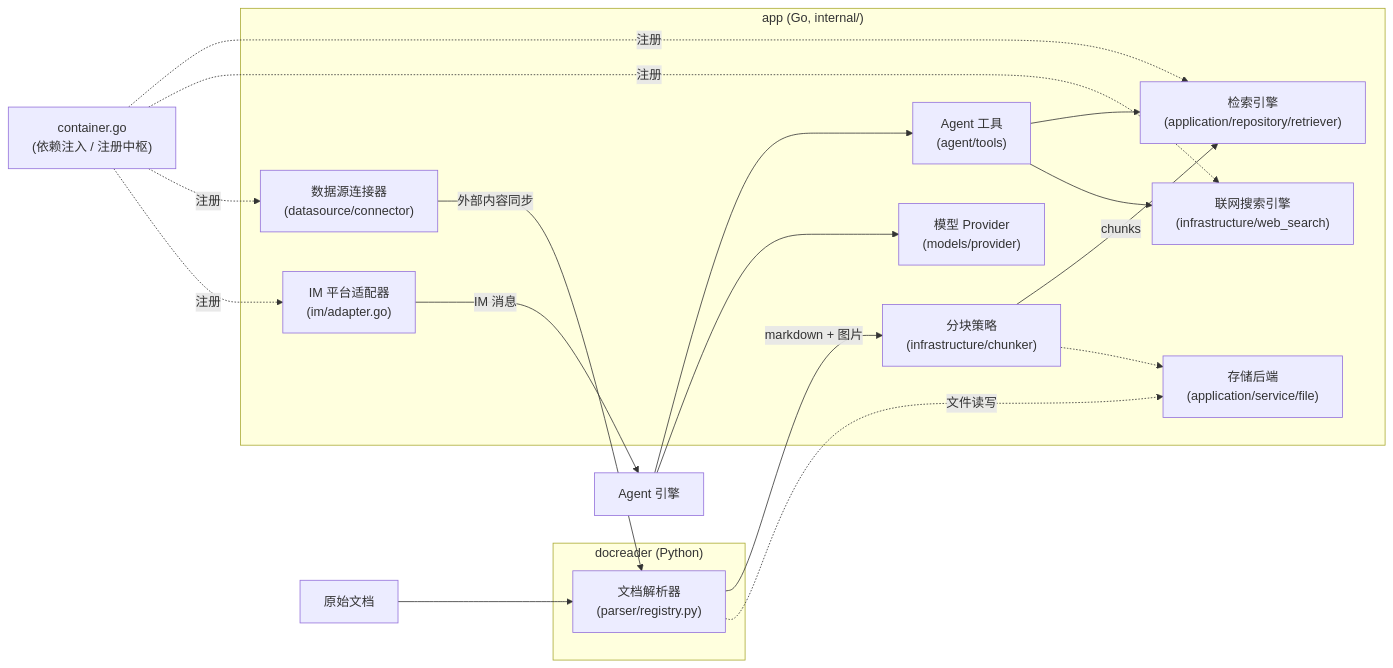
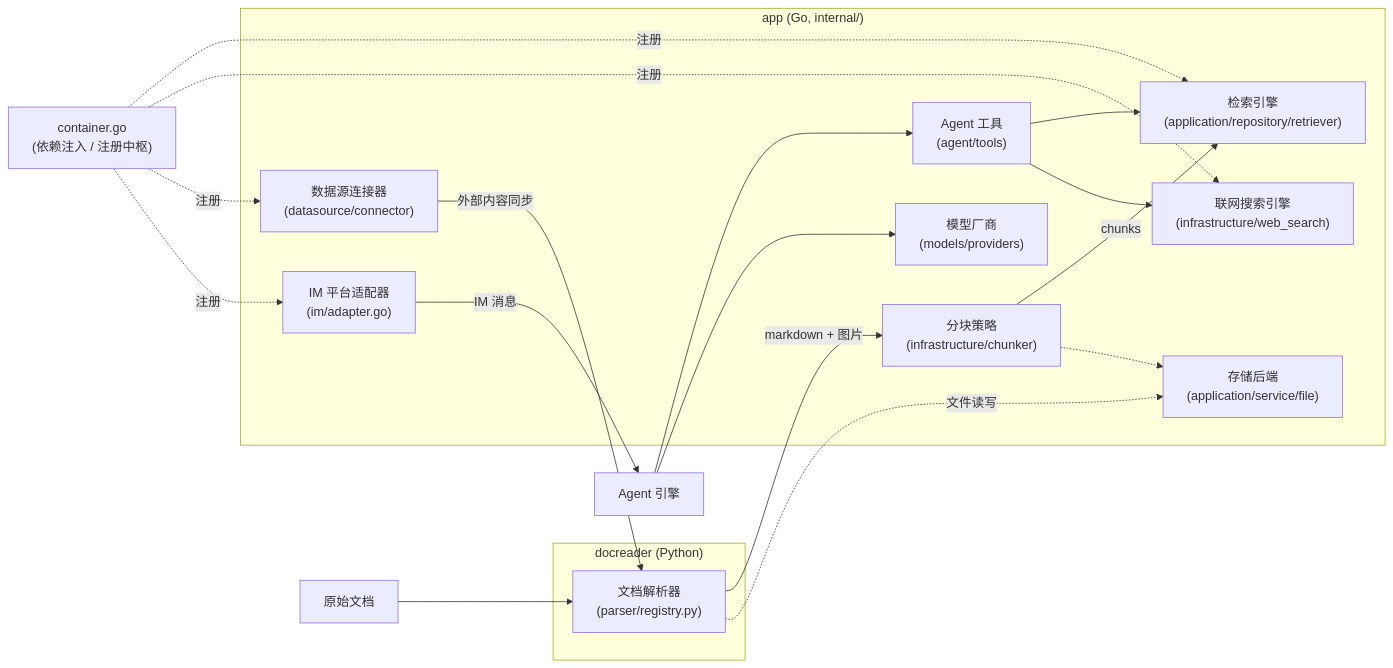
One commit to michadel/WeKnora changed the diagram in website-docs/06-development/03-extension-points.md. Above: the diagram before and after it, drawn with Mermaid. The commit also changed other lines of this file and 125 other files, not shown here.

````diff
--- a/website-docs/06-development/03-extension-points.md
+++ b/website-docs/06-development/03-extension-points.md
@@ -7,31 +7,31 @@
 ```mermaid
 graph LR
     subgraph DR["docreader (Python)"]
         P1["文档解析器<br/>(parser/registry.py)"]
     end
     subgraph APP["app (Go, internal/)"]
         P2["分块策略<br/>(infrastructure/chunker)"]
         P3["检索引擎<br/>(application/repository/retriever)"]
-        P4["模型 Provider<br/>(models/provider)"]
+        P4["模型厂商<br/>(models/providers)"]
         P5["联网搜索引擎<br/>(infrastructure/web_search)"]
         P6["数据源连接器<br/>(datasource/connector)"]
         P7["IM 平台适配器<br/>(im/adapter.go)"]
         P8["Agent 工具<br/>(agent/tools)"]
         P9["存储后端<br/>(application/service/file)"]
     end
     DOC["原始文档"] --> P1
     P1 -->|"markdown + 图片"| P2
     P2 -->|"chunks"| P3
     P6 -->|"外部内容同步"| P1
     P7 -->|"IM 消息"| AG["Agent 引擎"]
     AG --> P8
     P8 --> P3
     P8 --> P5
     AG --> P4
     P1 -.->|"文件读写"| P9
     P2 -.-> P9
     CT["container.go<br/>(依赖注入 / 注册中枢)"] -.->|"注册"| P3
     CT -.->|"注册"| P5
     CT -.->|"注册"| P6
     CT -.->|"注册"| P7
 ```
````
